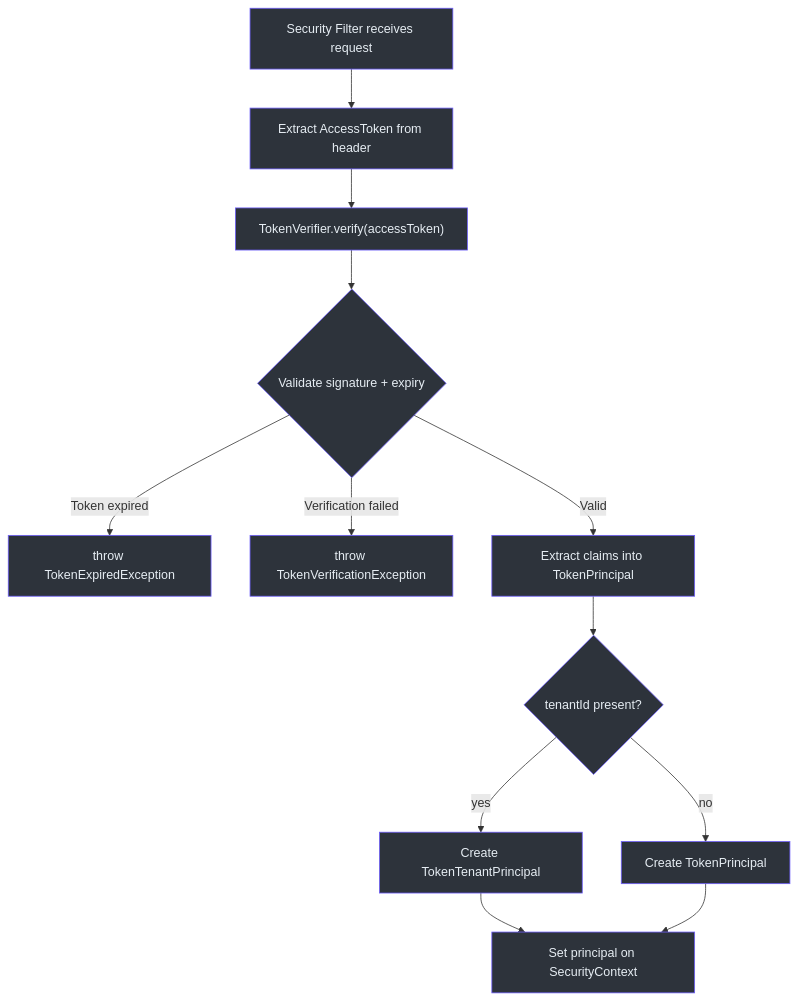
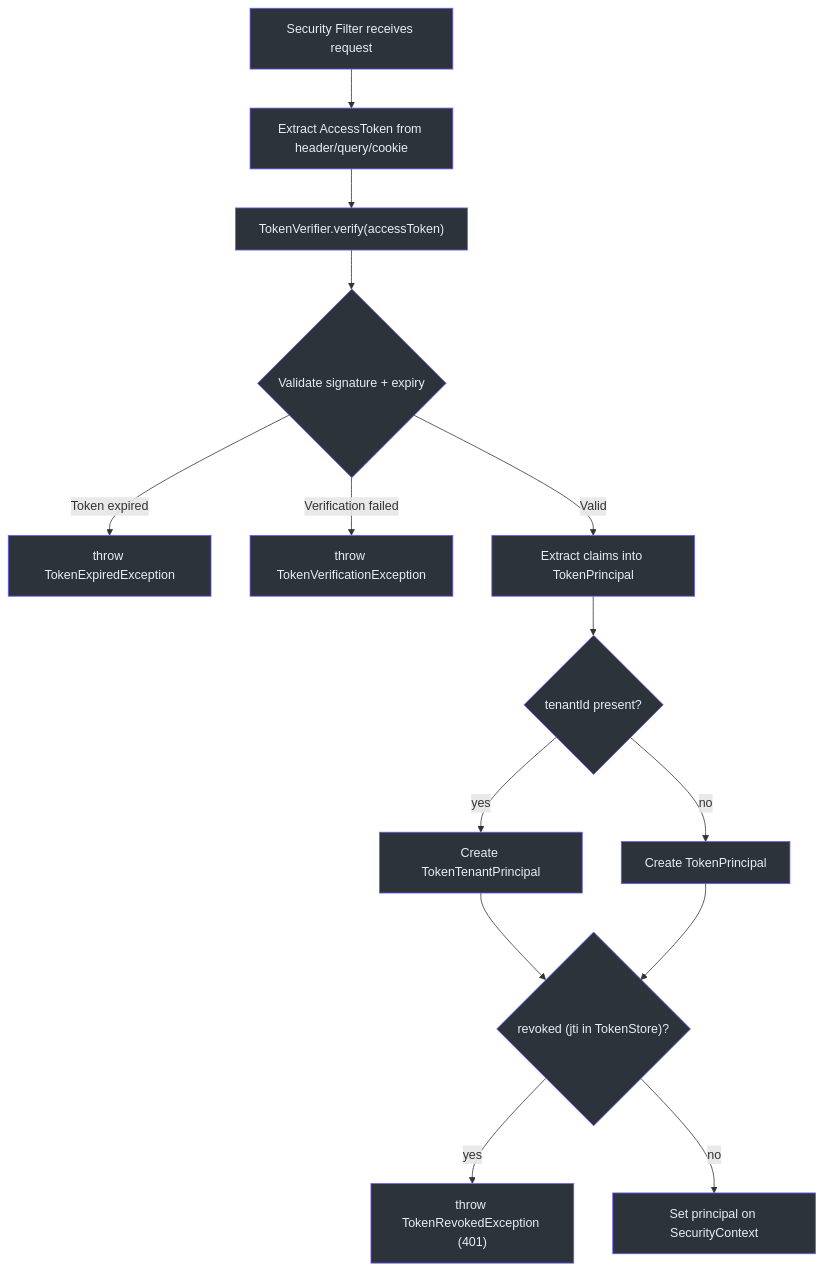
The second of 3 diagrams in wiki/deep-dive/authentication/token-management.md (Ahoo-Wang/CoSec), drawn with Mermaid before and after one commit. The commit also changed other lines of this file and 59 other files, not shown here.

````diff
--- a/wiki/deep-dive/authentication/token-management.md
+++ b/wiki/deep-dive/authentication/token-management.md
@@ -181,27 +181,31 @@
 ```mermaid
 flowchart TD
-    A["Security Filter receives request"] --> B["Extract AccessToken from header"]
+    A["Security Filter receives request"] --> B["Extract AccessToken from header/query/cookie"]
     B --> C["TokenVerifier.verify(accessToken)"]
     C --> D{"Validate signature + expiry"}
     D -->|"Token expired"| E["throw TokenExpiredException"]
     D -->|"Verification failed"| F["throw TokenVerificationException"]
     D -->|"Valid"| G["Extract claims into TokenPrincipal"]
     G --> H{"tenantId present?"}
     H -->|"yes"| I["Create TokenTenantPrincipal"]
     H -->|"no"| J["Create TokenPrincipal"]
-    I --> K["Set principal on SecurityContext"]
-    J --> K
+    I --> R{"revoked (jti in TokenStore)?"}
+    J --> R
+    R -->|"yes"| T["throw TokenRevokedException (401)"]
+    R -->|"no"| K["Set principal on SecurityContext"]
 
     style A fill:#2d333b,stroke:#6d5dfc,color:#e6edf3
     style B fill:#2d333b,stroke:#6d5dfc,color:#e6edf3
     style C fill:#2d333b,stroke:#6d5dfc,color:#e6edf3
     style D fill:#2d333b,stroke:#6d5dfc,color:#e6edf3
     style E fill:#2d333b,stroke:#6d5dfc,color:#e6edf3
     style F fill:#2d333b,stroke:#6d5dfc,color:#e6edf3
     style G fill:#2d333b,stroke:#6d5dfc,color:#e6edf3
     style H fill:#2d333b,stroke:#6d5dfc,color:#e6edf3
     style I fill:#2d333b,stroke:#6d5dfc,color:#e6edf3
     style J fill:#2d333b,stroke:#6d5dfc,color:#e6edf3
     style K fill:#2d333b,stroke:#6d5dfc,color:#e6edf3
+    style R fill:#2d333b,stroke:#6d5dfc,color:#e6edf3
+    style T fill:#2d333b,stroke:#6d5dfc,color:#e6edf3
 
 ```
````
